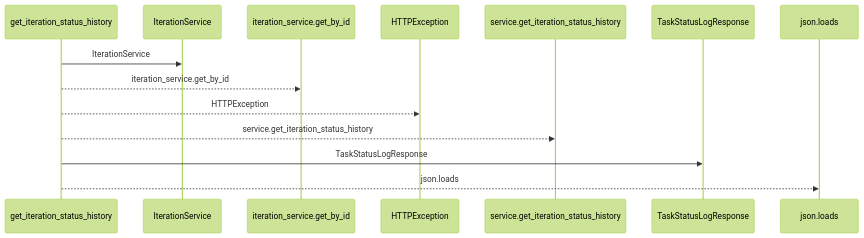
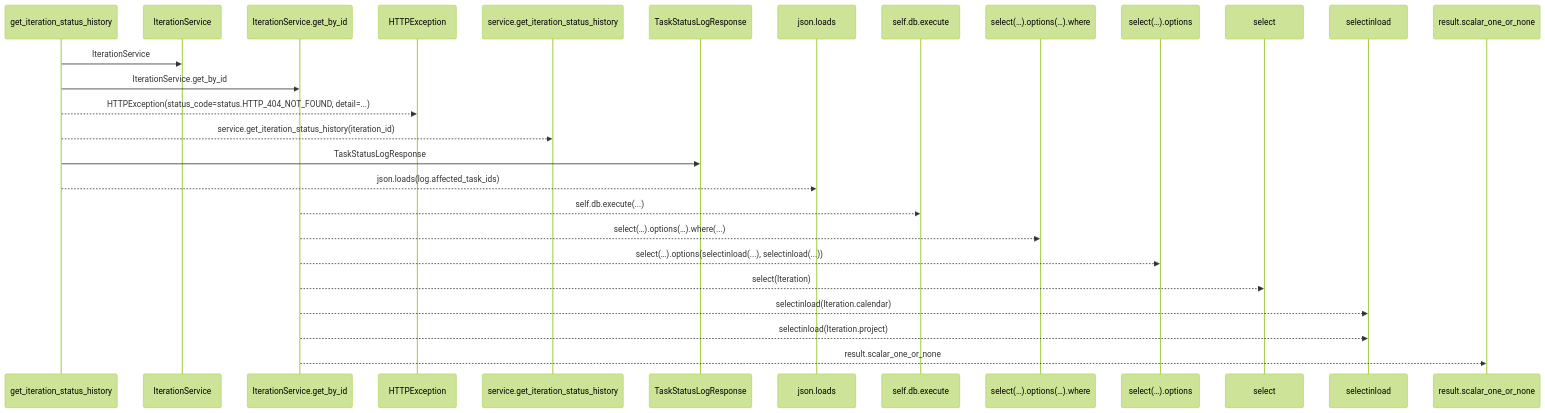
The first of 2 diagrams in docs/llm_wiki/flows/http-get_iteration_status_history.md (Denissvgn/WorkChord), drawn with Mermaid (forest theme) before and after one commit. The commit also changed other lines of this file and 25171 other files, not shown here.

````diff
--- a/docs/llm_wiki/flows/http-get_iteration_status_history.md
+++ b/docs/llm_wiki/flows/http-get_iteration_status_history.md
@@ -10,16 +12,29 @@
 ```mermaid
 sequenceDiagram
     participant p0 as get_iteration_status_history
     participant p1 as IterationService
-    participant p2 as iteration_service.get_by_id
+    participant p2 as IterationService.get_by_id
     participant p3 as HTTPException
     participant p4 as service.get_iteration_status_history
     participant p5 as TaskStatusLogResponse
     participant p6 as json.loads
+    participant p7 as self.db.execute
+    participant p8 as select(…).options(…).where
+    participant p9 as select(…).options
+    participant p10 as select
+    participant p11 as selectinload
+    participant p12 as result.scalar_one_or_none
     p0->>p1: IterationService
-    p0-->>p2: iteration_service.get_by_id
-    p0-->>p3: HTTPException
-    p0-->>p4: service.get_iteration_status_history
+    p0->>p2: IterationService.get_by_id
+    p0-->>p3: HTTPException(status_code=status.HTTP_404_NOT_FOUND, detail=...)
+    p0-->>p4: service.get_iteration_status_history(iteration_id)
     p0->>p5: TaskStatusLogResponse
-    p0-->>p6: json.loads
+    p0-->>p6: json.loads(log.affected_task_ids)
+    p2-->>p7: self.db.execute(...)
+    p2-->>p8: select(…).options(…).where(...)
+    p2-->>p9: select(…).options(selectinload(...), selectinload(...))
+    p2-->>p10: select(Iteration)
+    p2-->>p11: selectinload(Iteration.calendar)
+    p2-->>p11: selectinload(Iteration.project)
+    p2-->>p12: result.scalar_one_or_none
 ```
````
